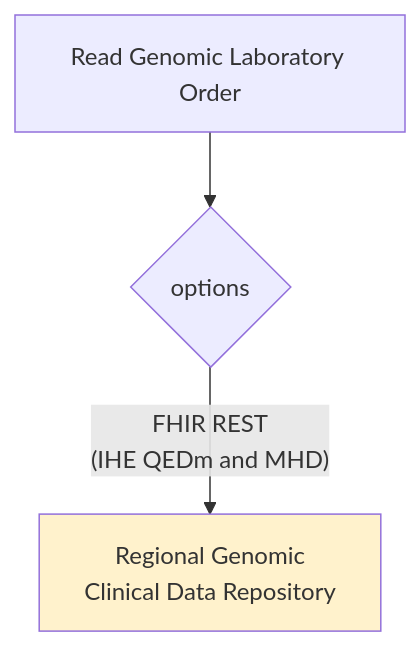
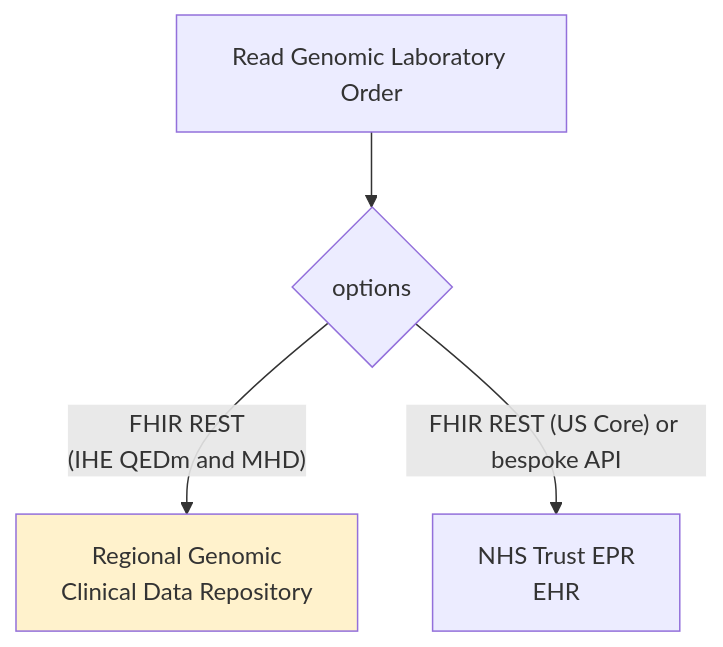
The fifth of 6 diagrams in input/pagecontent/index.md (uk-gov-mirror/nw-gmsa.nw-gmsa.github.com), drawn with Mermaid before and after one commit.

Commit message:
Genomic Test Order and Report Example Scenario

````diff
--- a/input/pagecontent/index.md
+++ b/input/pagecontent/index.md
@@ -178,8 +178,8 @@
 ```mermaid
 graph TD;
     Read[Read Genomic Laboratory Order]-->O
     O{options} --> |"FHIR REST<br/>(IHE QEDm and MHD)"| CDR[Regional Genomic<br/> Clinical Data Repository]
-    
+    O --> |"FHIR REST (US Core) or bespoke API"| EHR[NHS Trust EPR<br/>EHR] 
     classDef yellow fill:#FFF2CC;
     class CDR yellow;
 ```
````
